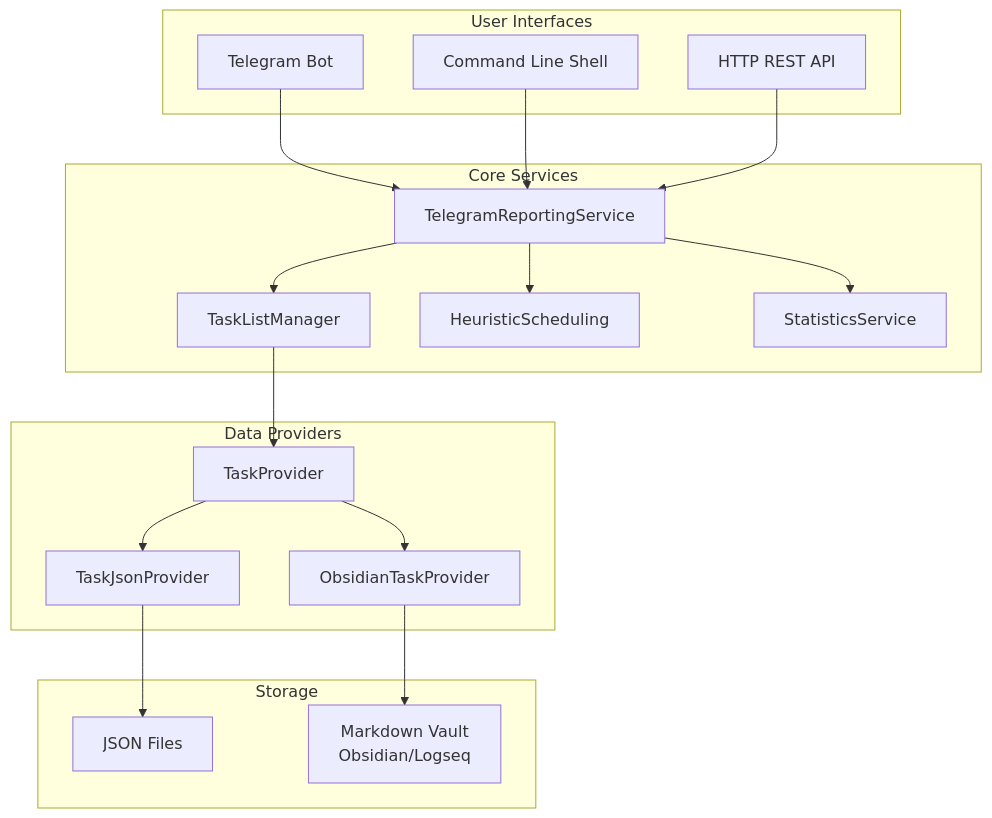
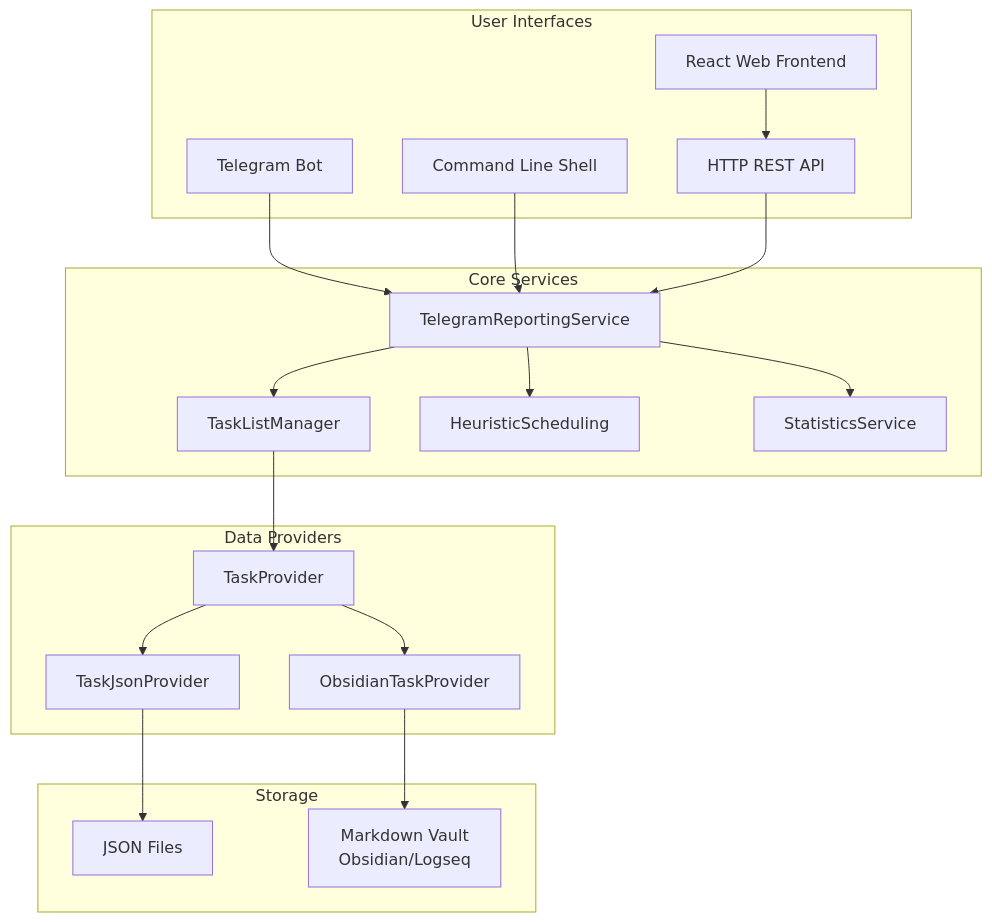
Before and after one commit to ElrikPiro/advanced-task-manager: the diagram in ARCHITECTURE.md, drawn with Mermaid. The commit also changed other lines of this file and 30 other files, not shown here.

````diff
--- a/ARCHITECTURE.md
+++ b/ARCHITECTURE.md
@@ -9,38 +9,40 @@
 ```mermaid
 graph TB
     subgraph "User Interfaces"
         A[Telegram Bot]
         B[Command Line Shell]
         C[HTTP REST API]
+        M[React Web Frontend]
     end
 
     subgraph "Core Services"
         D[TelegramReportingService]
         E[TaskListManager]
         F[HeuristicScheduling]
         G[StatisticsService]
     end
 
     subgraph "Data Providers"
         H[TaskProvider]
         I[TaskJsonProvider]
         J[ObsidianTaskProvider]
     end
 
     subgraph "Storage"
         K[JSON Files]
         L[Markdown Vault<br/>Obsidian/Logseq]
     end
 
     A --> D
     B --> D
     C --> D
+    M --> C
     D --> E
     D --> F
     D --> G
     E --> H
     H --> I
     H --> J
     I --> K
     J --> L
 ```
````
